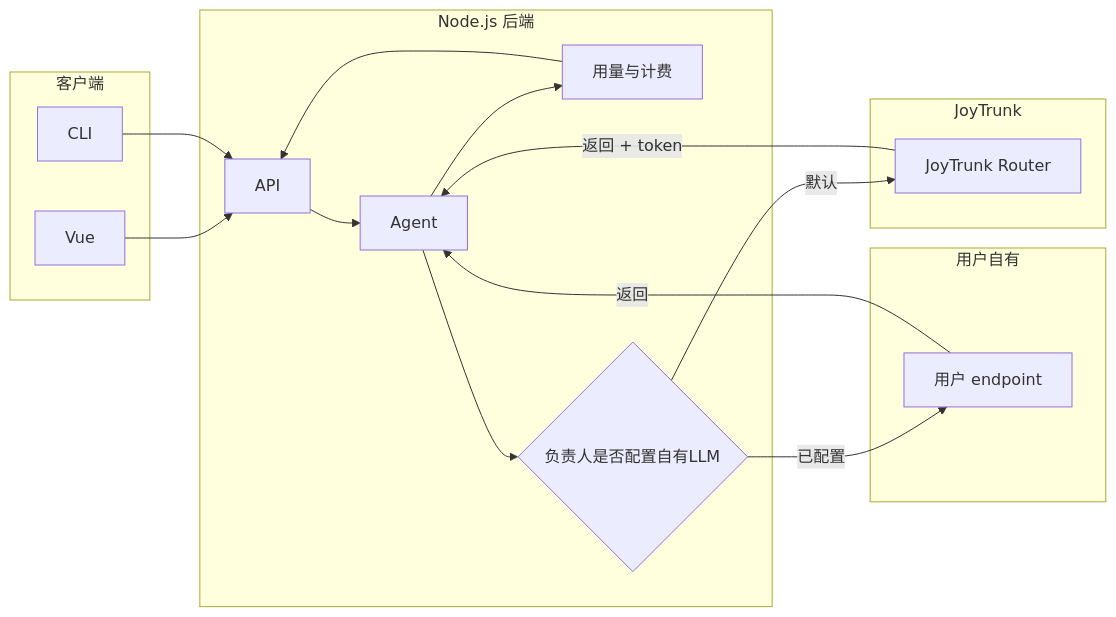
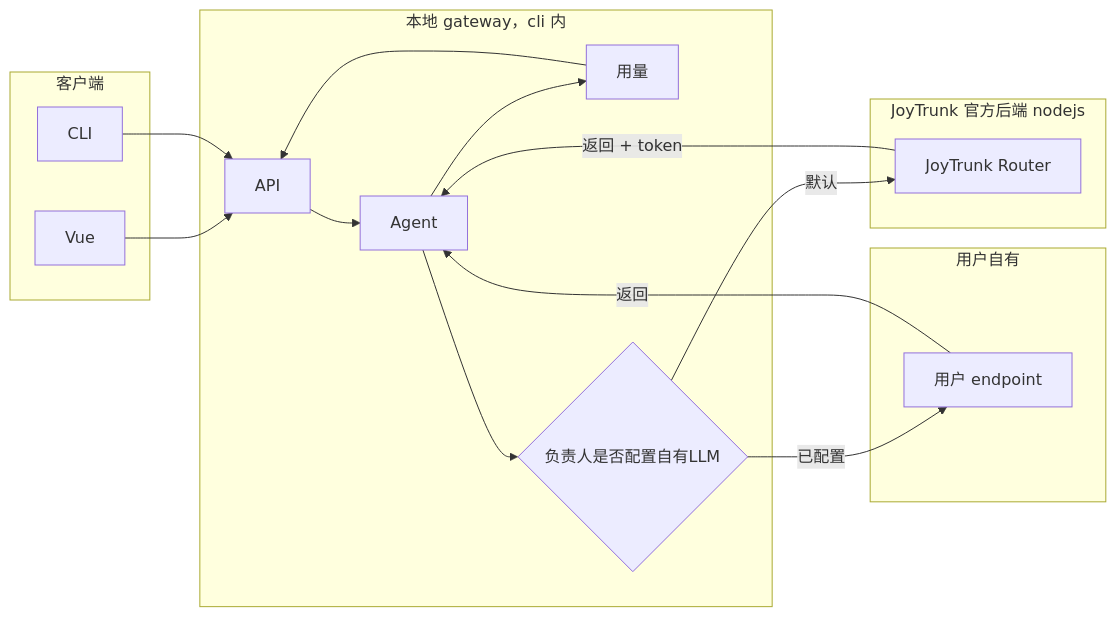
Before and after one commit to duochouchouai/joytrunk: the third of 3 diagrams in agent.md, drawn with Mermaid. The commit also changed other lines of this file and 121 other files, not shown here.

Commit message:
feat: nodejs local server and official server

````diff
--- a/agent.md
+++ b/agent.md
@@ -59,29 +65,29 @@
 ```mermaid
 flowchart LR
   subgraph client [客户端]
     VueApp[Vue]
     CLIApp[CLI]
   end
-  subgraph nodejs [Node.js 后端]
+  subgraph localGateway [本地 gateway，cli 内]
     API[API]
     Agent[Agent]
-    Usage[用量与计费]
+    Usage[用量]
     Decide{负责人是否配置自有LLM}
   end
-  subgraph joytrunk [JoyTrunk]
+  subgraph official [JoyTrunk 官方后端 nodejs]
     Router[JoyTrunk Router]
   end
   subgraph user_llm [用户自有]
     UserAPI[用户 endpoint]
   end
   VueApp --> API
   CLIApp --> API
   API --> Agent
   Agent --> Decide
   Decide -->|"默认"| Router
   Decide -->|"已配置"| UserAPI
   Router -->|"返回 + token"| Agent
   UserAPI -->|"返回"| Agent
   Agent --> Usage
   Usage --> API
 ```
````
